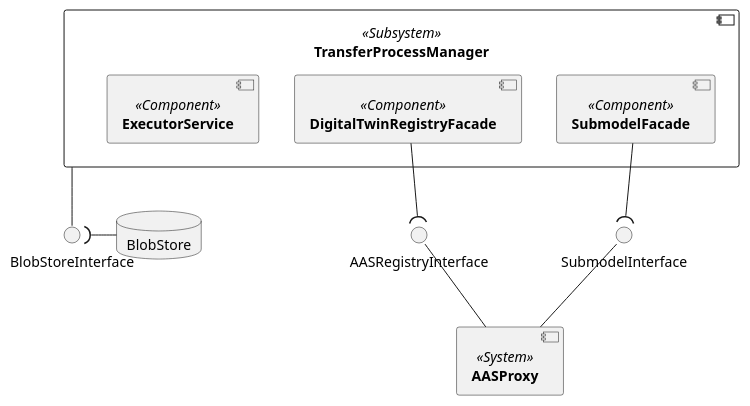
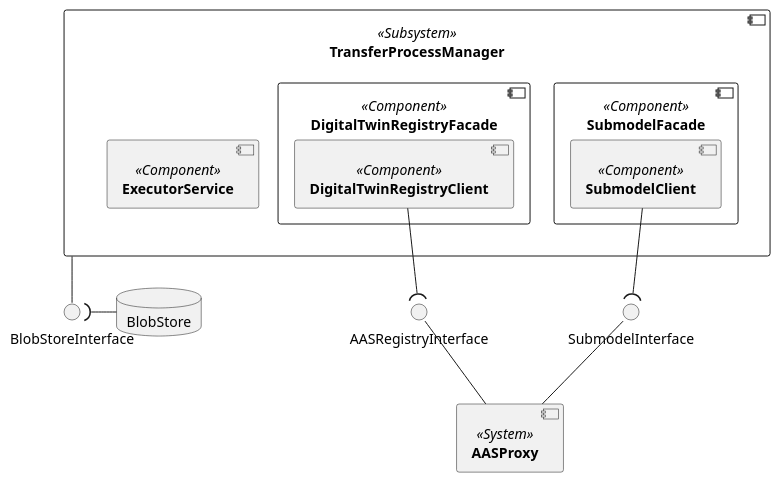
Before and after one commit to catenax-ng/product-item-relationship-service: the diagram in uml-diagramms/irs-component-diagram-Level2-TransferProcessManager.puml, drawn with PlantUML. The commit also changed 1 other file, not shown here.

```diff
--- a/uml-diagramms/irs-component-diagram-Level2-TransferProcessManager.puml
+++ b/uml-diagramms/irs-component-diagram-Level2-TransferProcessManager.puml
@@ -1,24 +1,29 @@
 @startuml
 skinparam monochrome true
 skinparam shadowing false
 
 interface BlobStoreInterface
 component [**TransferProcessManager**] <<Subsystem>> as TransferProcessManager {
-    component [**DigitalTwinRegistryFacade**] <<Component>> as DTRFacade
-    component [**SubmodelFacade**] <<Component>> as SubmodelFacade
+    component [**DigitalTwinRegistryFacade**] <<Component>> as DTRFacade {
+        component [**DigitalTwinRegistryClient**] <<Component>> as DTRClient
+    }
+
+    component [**SubmodelFacade**] <<Component>> as SubmodelFacade {
+        component [**SubmodelClient**] <<Component>> as SubmodelClient
+    }
     component [**ExecutorService**] <<Component>> as ExecutorService
 }
 
 component [**AASProxy**] <<System>> as AASProxy
 interface AASRegistryInterface
 interface SubmodelInterface
 AASRegistryInterface -- AASProxy
 SubmodelInterface -- AASProxy
-DTRFacade --( AASRegistryInterface
-SubmodelFacade --( SubmodelInterface
+DTRClient --( AASRegistryInterface
+SubmodelClient --( SubmodelInterface
 
 database BlobStore
 TransferProcessManager -- BlobStoreInterface
 'BlobStoreInterface - TransferProcessManager
 BlobStoreInterface )- BlobStore
 @enduml
```
